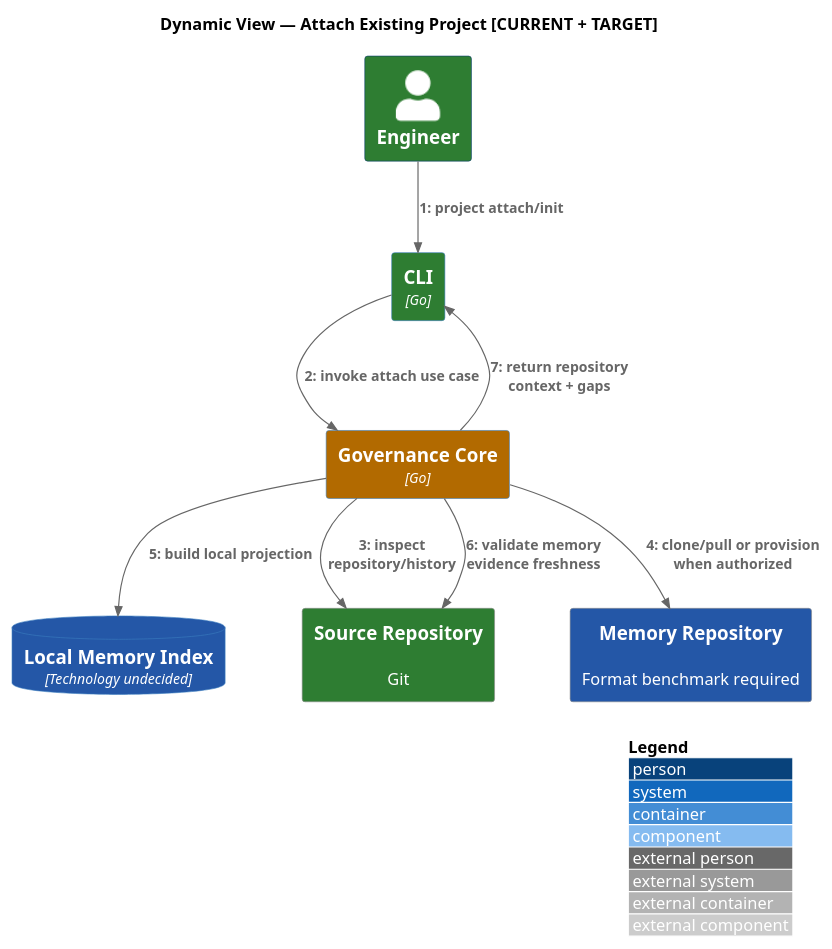
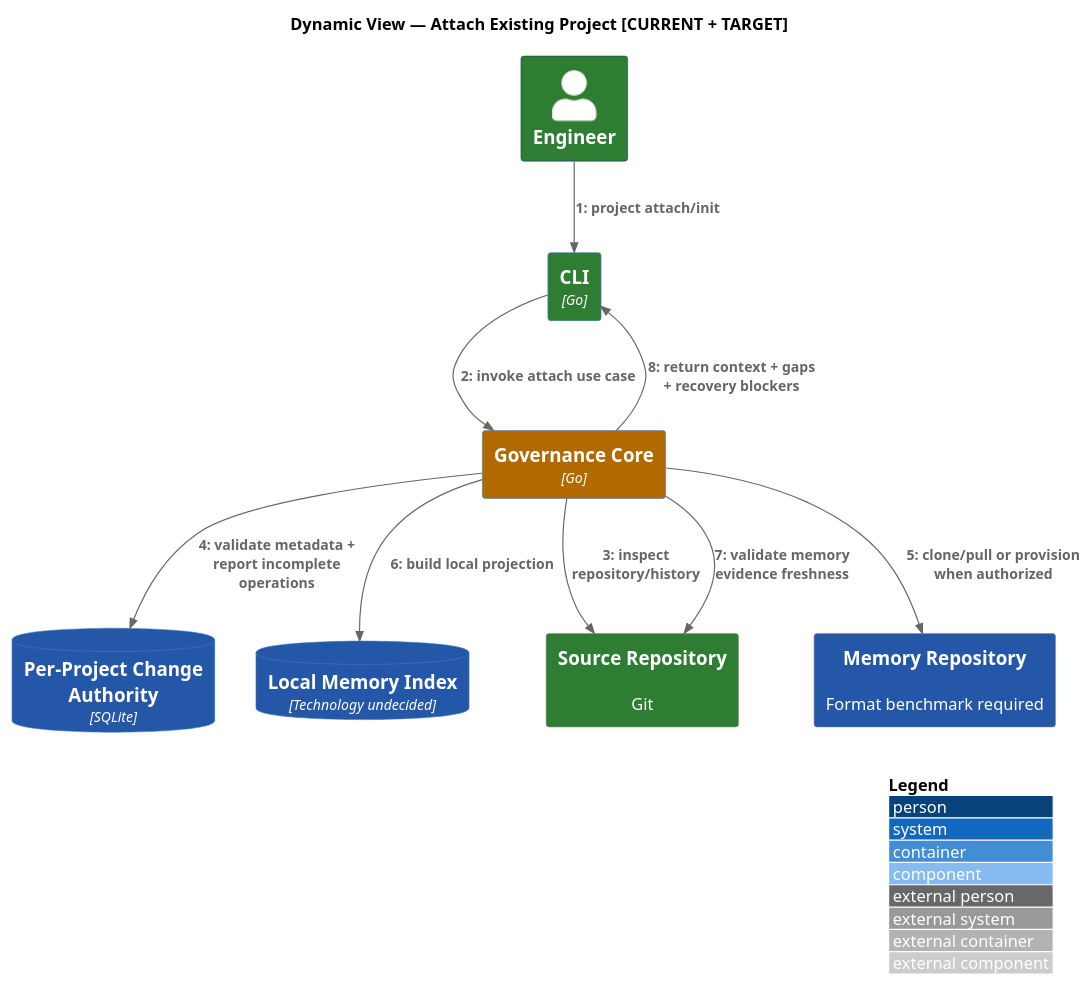
The diagram in docs/architecture/src/docs/arc42/diagrams/dynamic-project-attach.puml (Eu-Pedro0ficial/praetor), drawn with PlantUML before and after one commit. The commit also changed 37 other files, not shown here.

Commit message:
docs(m1.1): establish durable change architecture authority

```diff
--- a/docs/architecture/src/docs/arc42/diagrams/dynamic-project-attach.puml
+++ b/docs/architecture/src/docs/arc42/diagrams/dynamic-project-attach.puml
@@ -1,21 +1,23 @@
 @startuml
 !include <C4/C4_Dynamic>
 AddElementTag("AS-IS", $bgColor="#2E7D32", $fontColor="#FFFFFF", $legendText="AS-IS")
 AddElementTag("PARTIAL", $bgColor="#B26A00", $fontColor="#FFFFFF", $legendText="PARTIAL")
 AddElementTag("TARGET", $bgColor="#2457A7", $fontColor="#FFFFFF", $legendText="TARGET")
 LAYOUT_WITH_LEGEND()
 title Dynamic View — Attach Existing Project [CURRENT + TARGET]
 Person(engineer, "Engineer", $tags="AS-IS")
 Container(cli, "CLI", "Go", $tags="AS-IS")
 Container(core, "Governance Core", "Go", $tags="PARTIAL")
+ContainerDb(changeStore, "Per-Project Change Authority", "SQLite", $tags="TARGET")
 ContainerDb(index, "Local Memory Index", "Technology undecided", $tags="TARGET")
 System_Ext(src, "Source Repository", "Git", $tags="AS-IS")
 System_Ext(mem, "Memory Repository", "Format benchmark required", $tags="TARGET")
 RelIndex(1, engineer, cli, "project attach/init")
 RelIndex(2, cli, core, "invoke attach use case")
 RelIndex(3, core, src, "inspect repository/history")
-RelIndex(4, core, mem, "clone/pull or provision when authorized")
-RelIndex(5, core, index, "build local projection")
-RelIndex(6, core, src, "validate memory evidence freshness")
-RelIndex(7, core, cli, "return repository context + gaps")
+RelIndex(4, core, changeStore, "validate metadata + report incomplete operations")
+RelIndex(5, core, mem, "clone/pull or provision when authorized")
+RelIndex(6, core, index, "build local projection")
+RelIndex(7, core, src, "validate memory evidence freshness")
+RelIndex(8, core, cli, "return context + gaps + recovery blockers")
 @enduml
```
